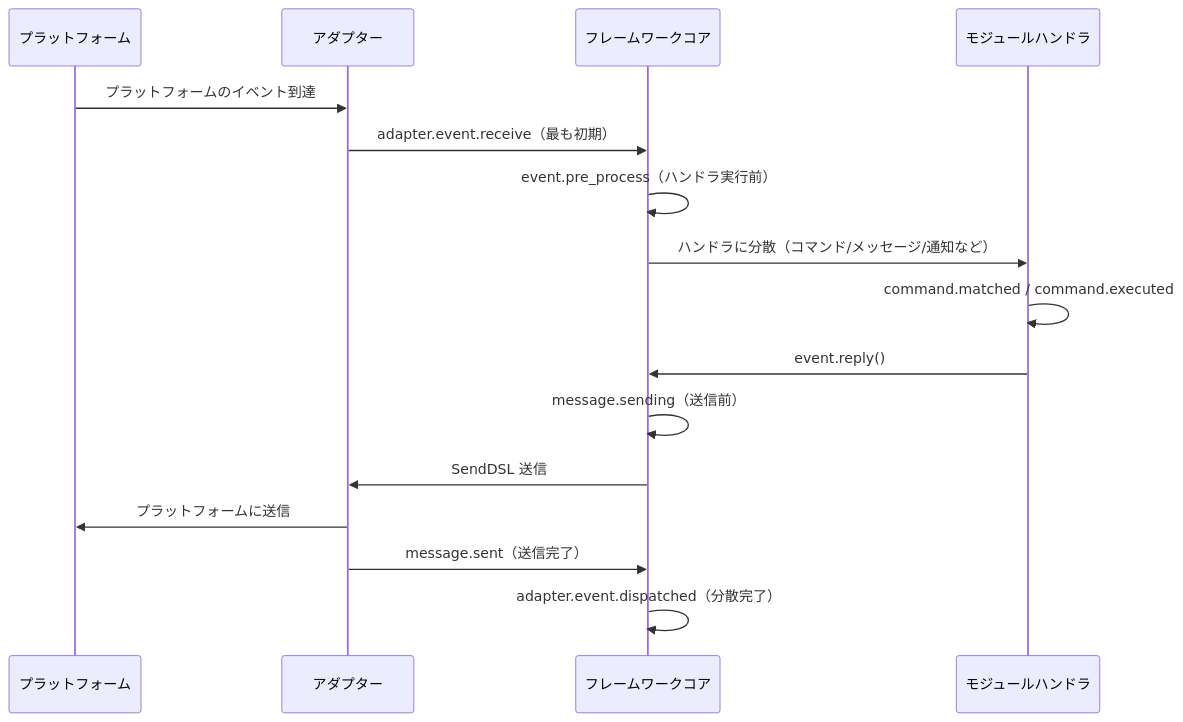
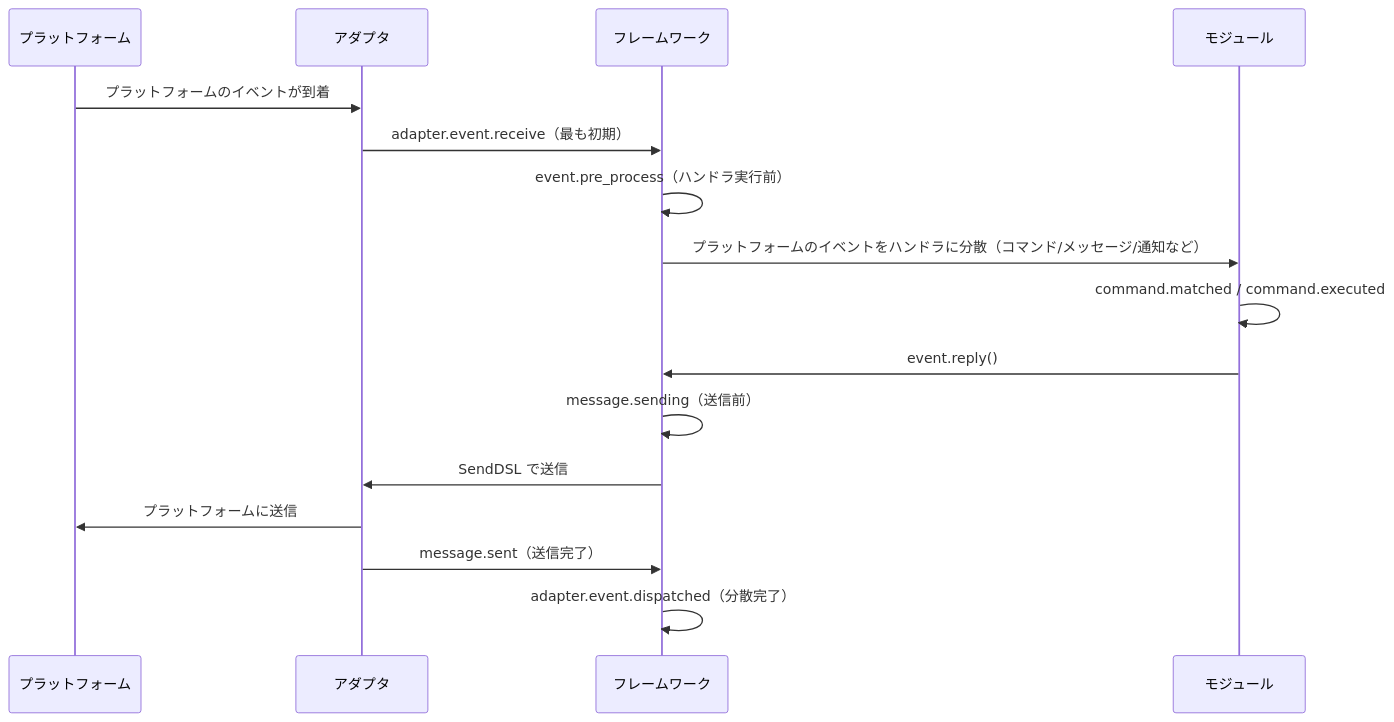
The diagram in docs/ja/advanced/lifecycle.md (ErisPulse/ErisPulse), drawn with Mermaid before and after one commit. The commit also changed other lines of this file and 17 other files, not shown here.

````diff
--- a/docs/ja/advanced/lifecycle.md
+++ b/docs/ja/advanced/lifecycle.md
@@ -120,19 +120,19 @@
 ```mermaid
 sequenceDiagram
     participant P as プラットフォーム
-    participant A as アダプター
-    participant F as フレームワークコア
-    participant M as モジュールハンドラ
+    participant A as アダプタ
+    participant F as フレームワーク
+    participant M as モジュール
 
-    P->>A: プラットフォームのイベント到達
+    P->>A: プラットフォームのイベントが到着
     A->>F: adapter.event.receive（最も初期）
     F->>F: event.pre_process（ハンドラ実行前）
-    F->>M: ハンドラに分散（コマンド/メッセージ/通知など）
+    F->>M: プラットフォームのイベントをハンドラに分散（コマンド/メッセージ/通知など）
     M->>M: command.matched / command.executed
     M->>F: event.reply()
     F->>F: message.sending（送信前）
-    F->>A: SendDSL 送信
+    F->>A: SendDSL で送信
     A->>P: プラットフォームに送信
     A->>F: message.sent（送信完了）
     F->>F: adapter.event.dispatched（分散完了）
 ```
````
